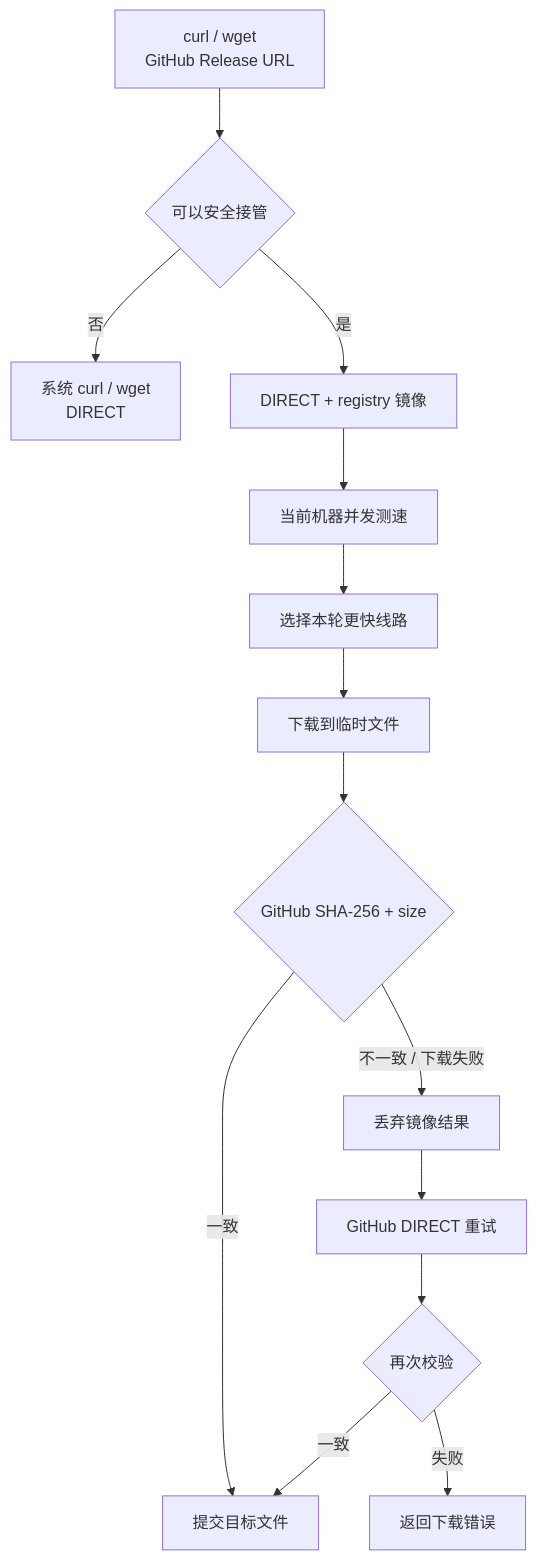
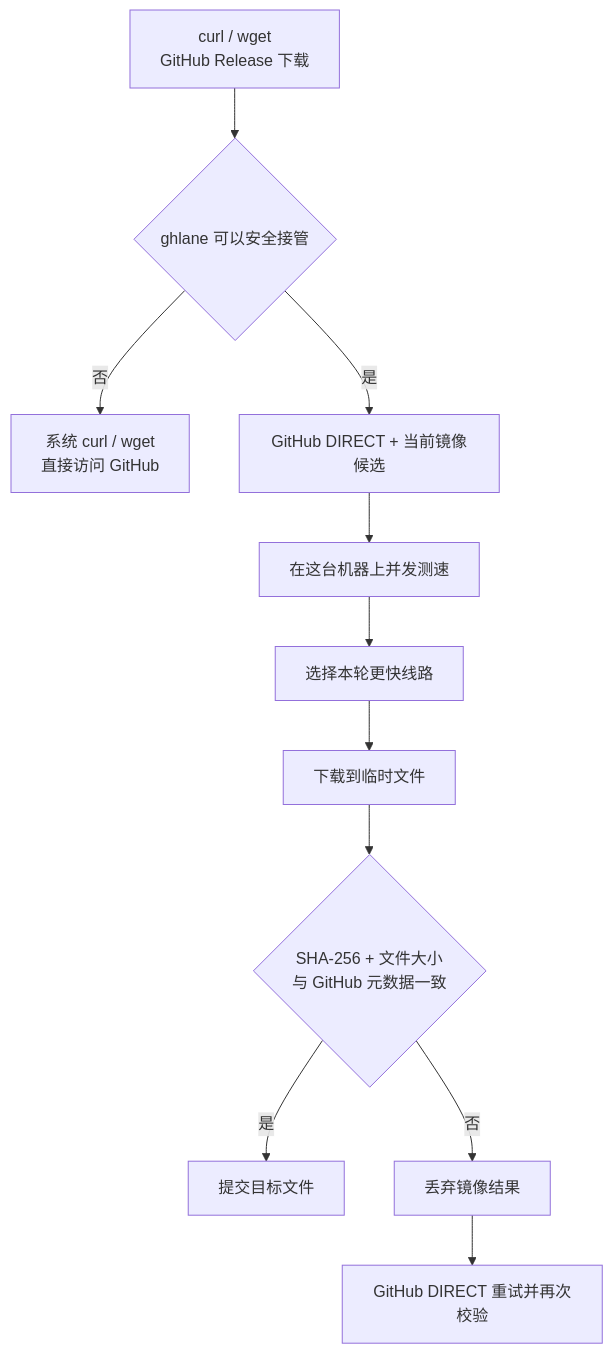
One commit to Takabunbin/ghlane changed the diagram in README.md. Above: the diagram before and after it, drawn with Mermaid. The commit also changed other lines of this file, not shown here.

````diff
--- a/README.md
+++ b/README.md
@@ -112,16 +48,13 @@
 ```mermaid
 flowchart TD
-    A["curl / wget<br/>GitHub Release URL"] --> B{"可以安全接管"}
-    B -- "否" --> D["系统 curl / wget<br/>DIRECT"]
-    B -- "是" --> M["DIRECT + registry 镜像"]
-    M --> R["当前机器并发测速"]
-    R --> F["选择本轮更快线路"]
-    F --> T["下载到临时文件"]
-    T --> V{"GitHub SHA-256 + size"}
-    V -- "一致" --> O["提交目标文件"]
-    V -- "不一致 / 下载失败" --> X["丢弃镜像结果"]
-    X --> G["GitHub DIRECT 重试"]
-    G --> W{"再次校验"}
-    W -- "一致" --> O
-    W -- "失败" --> E["返回下载错误"]
+    A["curl / wget<br/>GitHub Release 下载"] --> B{"ghlane 可以安全接管"}
+    B -- "否" --> C["系统 curl / wget<br/>直接访问 GitHub"]
+    B -- "是" --> D["GitHub DIRECT + 当前镜像候选"]
+    D --> E["在这台机器上并发测速"]
+    E --> F["选择本轮更快线路"]
+    F --> G["下载到临时文件"]
+    G --> H{"SHA-256 + 文件大小<br/>与 GitHub 元数据一致"}
+    H -- "是" --> I["提交目标文件"]
+    H -- "否" --> J["丢弃镜像结果"]
+    J --> K["GitHub DIRECT 重试并再次校验"]
 ```
````
